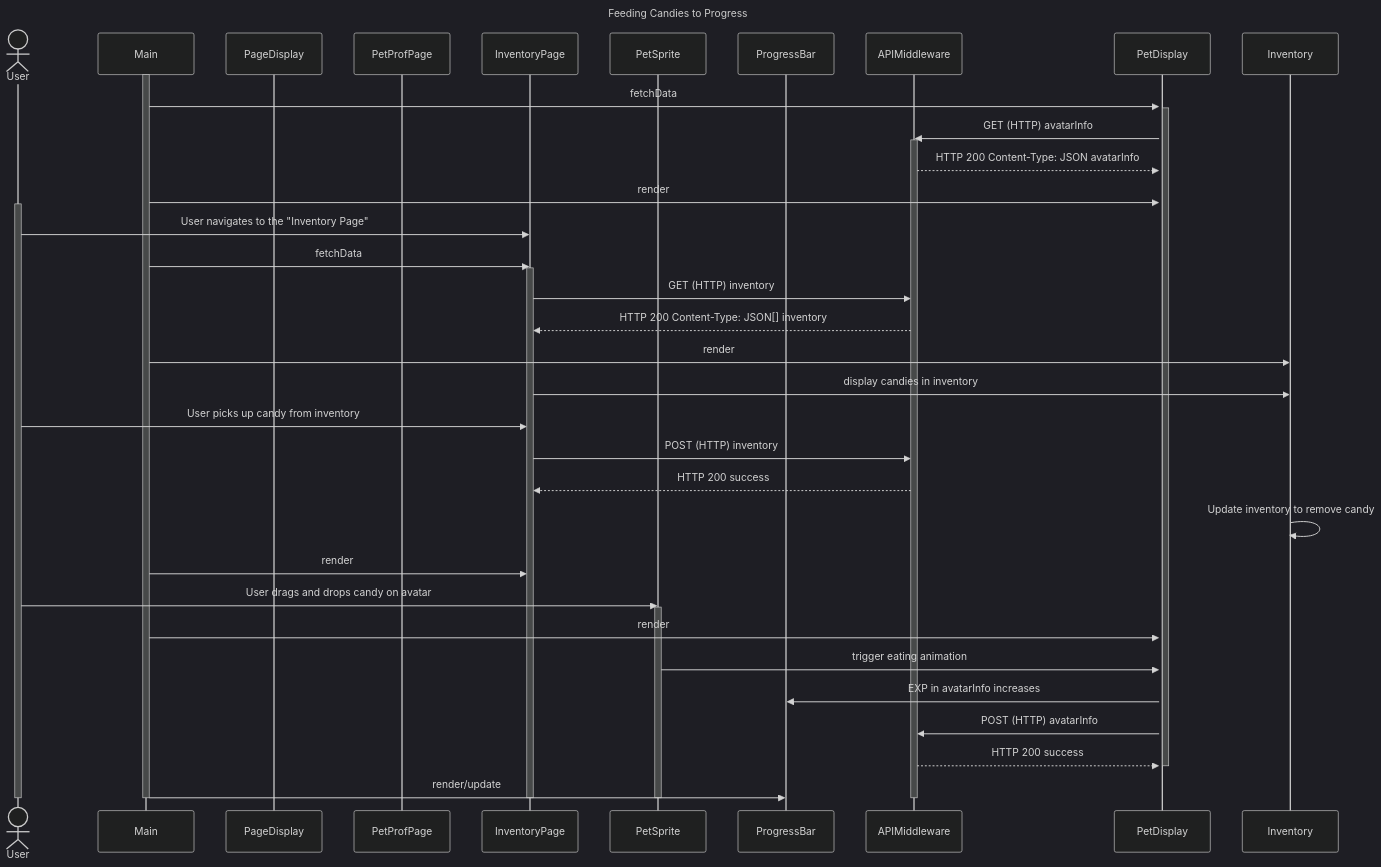
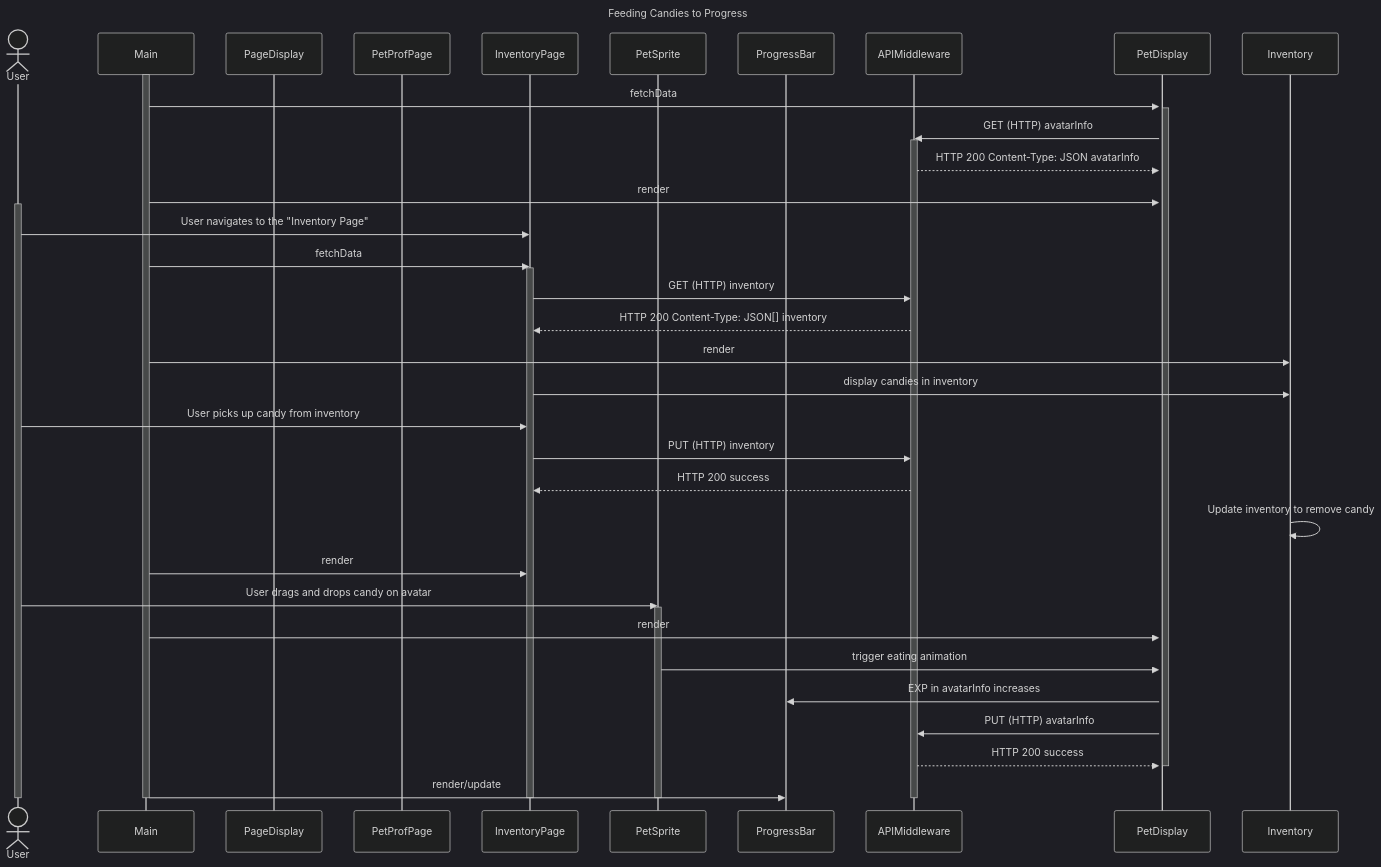
The first of 8 diagrams in documentation/docs/system-architecture/sequence-diagrams.md (Capstone-Projects-2023-Spring/project-virtual-pet), drawn with Mermaid (dark theme) before and after one commit.

````diff
--- a/documentation/docs/system-architecture/sequence-diagrams.md
+++ b/documentation/docs/system-architecture/sequence-diagrams.md
@@ -9,56 +9,56 @@
 ```mermaid
 sequenceDiagram
 title Feeding Candies to Progress
     actor User
     participant Main
     participant PageDisplay
     participant PetProfPage
     participant InventoryPage
     participant PetSprite
     participant ProgressBar
     participant APIMiddleware
 
     %%set up pet display 
     activate Main
     Main ->>+ PetDisplay: fetchData
     activate PetDisplay
     PetDisplay ->> APIMiddleware: GET (HTTP) avatarInfo
     activate APIMiddleware
     APIMiddleware -->> PetDisplay: HTTP 200 Content-Type: JSON avatarInfo
     Main ->> PetDisplay: render
 
     activate User
     User ->>InventoryPage: User navigates to the "Inventory Page"
 
     %% set up inventory page display
     Main ->> InventoryPage: fetchData
     activate InventoryPage
     InventoryPage ->> APIMiddleware: GET (HTTP) inventory
     APIMiddleware -->> InventoryPage: HTTP 200 Content-Type: JSON[] inventory
     Main ->> Inventory: render
     InventoryPage ->> Inventory: display candies in inventory
     
     %% pick up candies
     User ->> InventoryPage: User picks up candy from inventory
-    InventoryPage ->> APIMiddleware: POST (HTTP) inventory 
+    InventoryPage ->> APIMiddleware: PUT (HTTP) inventory 
     APIMiddleware -->> InventoryPage: HTTP 200 success
     Inventory ->> Inventory: Update inventory to remove candy
     Main ->> InventoryPage: render
 
     %% drag/drop
     User ->> PetSprite: User drags and drops candy on avatar
     activate PetSprite
     Main ->> PetDisplay: render
     PetSprite ->> PetDisplay: trigger eating animation
     PetDisplay ->> ProgressBar: EXP in avatarInfo increases
-    PetDisplay ->> APIMiddleware: POST (HTTP) avatarInfo
+    PetDisplay ->> APIMiddleware: PUT (HTTP) avatarInfo
     APIMiddleware -->> PetDisplay: HTTP 200 success
     deactivate PetDisplay
     Main ->> ProgressBar: render/update
 
     deactivate Main
     deactivate User
     deactivate APIMiddleware
     deactivate InventoryPage
     deactivate PetSprite
 ```
````
